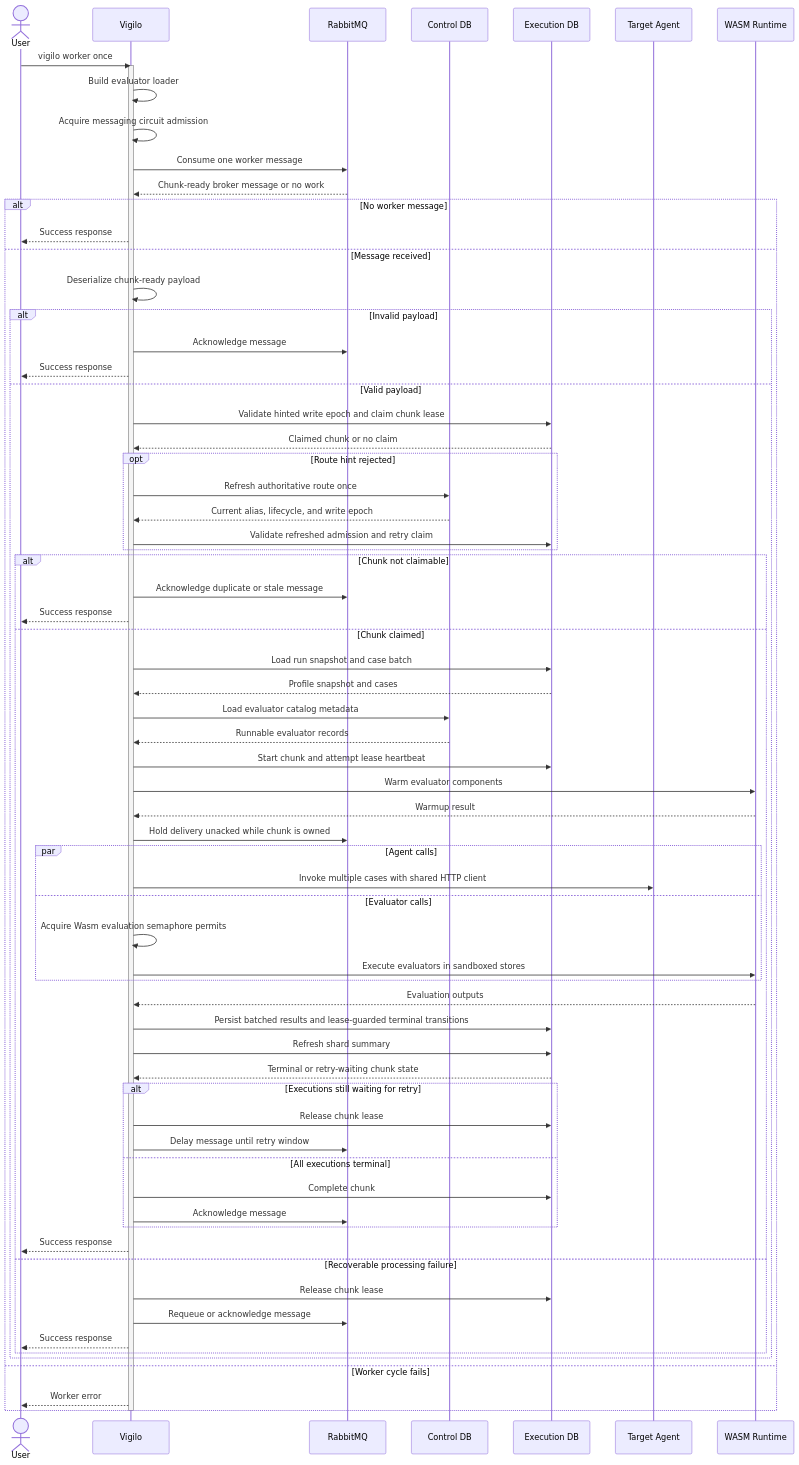
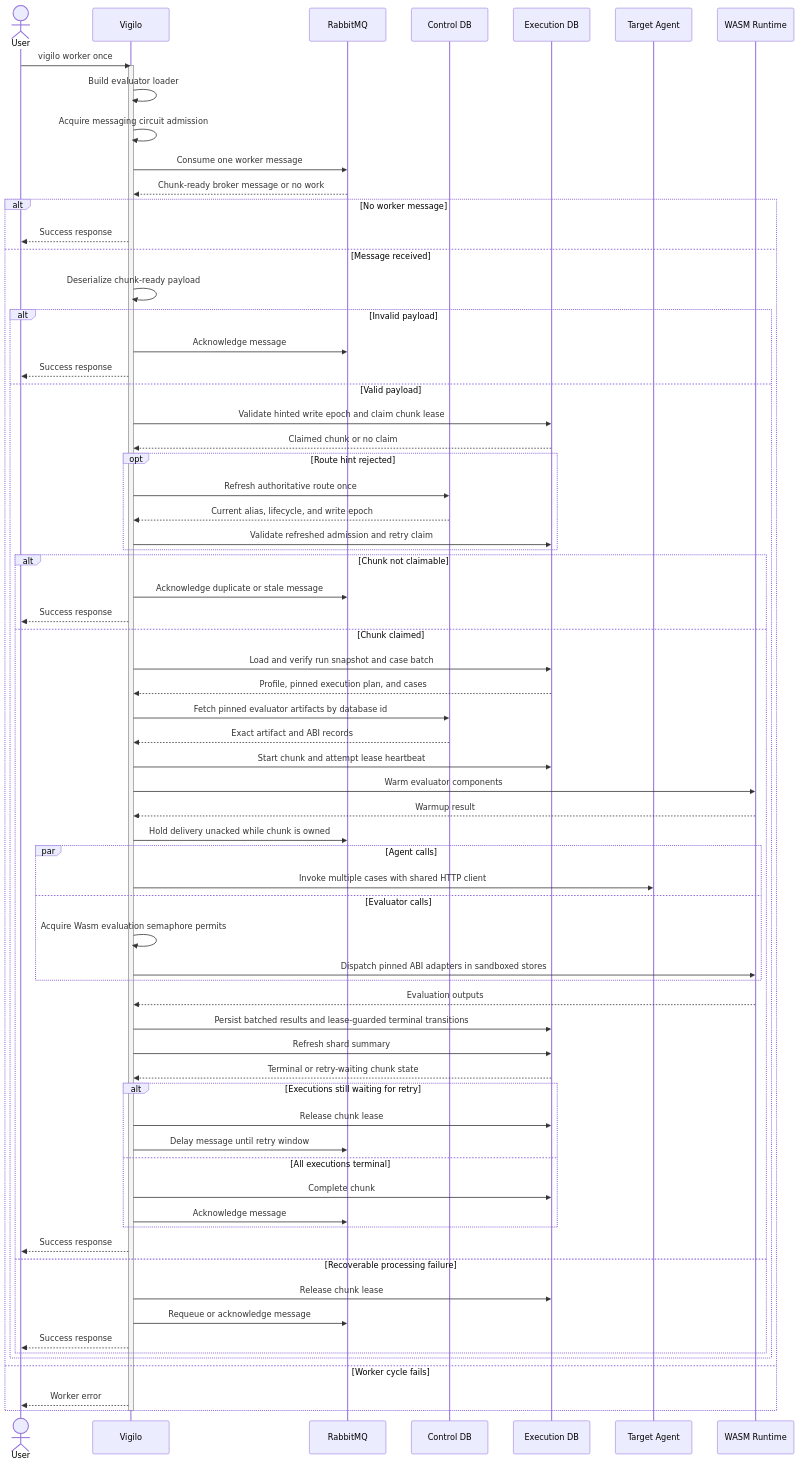
One commit to gregl83/agent-vigilo changed the diagram in web/docs/architecture/flows/worker/once/execution-flow.mmd. Above: the diagram before and after it, drawn with Mermaid. The commit also changed 48 other files, not shown here.

```diff
--- a/web/docs/architecture/flows/worker/once/execution-flow.mmd
+++ b/web/docs/architecture/flows/worker/once/execution-flow.mmd
@@ -1,81 +1,81 @@
 ---
 config:
   flowchart:
     nodeSpacing: 150
     rankSpacing: 80
   themeVariables:
     edgeLabelBackground: 'transparent'
 ---
 sequenceDiagram
     actor User
     participant Vigilo
     participant Queue as RabbitMQ
     participant ControlDB as Control DB
     participant ExecutionDB as Execution DB
     participant Agent as Target Agent
     participant WASM as WASM Runtime
 
     User->>Vigilo: vigilo worker once
     activate Vigilo
     Vigilo->>Vigilo: Build evaluator loader
     Vigilo->>Vigilo: Acquire messaging circuit admission
     Vigilo->>Queue: Consume one worker message
     Queue-->>Vigilo: Chunk-ready broker message or no work
 
     alt No worker message
         Vigilo-->>User: Success response
     else Message received
         Vigilo->>Vigilo: Deserialize chunk-ready payload
         alt Invalid payload
             Vigilo->>Queue: Acknowledge message
             Vigilo-->>User: Success response
         else Valid payload
             Vigilo->>ExecutionDB: Validate hinted write epoch and claim chunk lease
             ExecutionDB-->>Vigilo: Claimed chunk or no claim
 
             opt Route hint rejected
                 Vigilo->>ControlDB: Refresh authoritative route once
                 ControlDB-->>Vigilo: Current alias, lifecycle, and write epoch
                 Vigilo->>ExecutionDB: Validate refreshed admission and retry claim
             end
 
             alt Chunk not claimable
                 Vigilo->>Queue: Acknowledge duplicate or stale message
                 Vigilo-->>User: Success response
             else Chunk claimed
-                Vigilo->>ExecutionDB: Load run snapshot and case batch
-                ExecutionDB-->>Vigilo: Profile snapshot and cases
-                Vigilo->>ControlDB: Load evaluator catalog metadata
-                ControlDB-->>Vigilo: Runnable evaluator records
+                Vigilo->>ExecutionDB: Load and verify run snapshot and case batch
+                ExecutionDB-->>Vigilo: Profile, pinned execution plan, and cases
+                Vigilo->>ControlDB: Fetch pinned evaluator artifacts by database id
+                ControlDB-->>Vigilo: Exact artifact and ABI records
                 Vigilo->>ExecutionDB: Start chunk and attempt lease heartbeat
                 Vigilo->>WASM: Warm evaluator components
                 WASM-->>Vigilo: Warmup result
                 Vigilo->>Queue: Hold delivery unacked while chunk is owned
                 par Agent calls
                     Vigilo->>Agent: Invoke multiple cases with shared HTTP client
                 and Evaluator calls
                     Vigilo->>Vigilo: Acquire Wasm evaluation semaphore permits
-                    Vigilo->>WASM: Execute evaluators in sandboxed stores
+                    Vigilo->>WASM: Dispatch pinned ABI adapters in sandboxed stores
                 end
                 WASM-->>Vigilo: Evaluation outputs
                 Vigilo->>ExecutionDB: Persist batched results and lease-guarded terminal transitions
                 Vigilo->>ExecutionDB: Refresh shard summary
                 ExecutionDB-->>Vigilo: Terminal or retry-waiting chunk state
                 alt Executions still waiting for retry
                     Vigilo->>ExecutionDB: Release chunk lease
                     Vigilo->>Queue: Delay message until retry window
                 else All executions terminal
                     Vigilo->>ExecutionDB: Complete chunk
                     Vigilo->>Queue: Acknowledge message
                 end
                 Vigilo-->>User: Success response
             else Recoverable processing failure
                 Vigilo->>ExecutionDB: Release chunk lease
                 Vigilo->>Queue: Requeue or acknowledge message
                 Vigilo-->>User: Success response
             end
         end
     else Worker cycle fails
         Vigilo-->>User: Worker error
     end
     deactivate Vigilo
```
